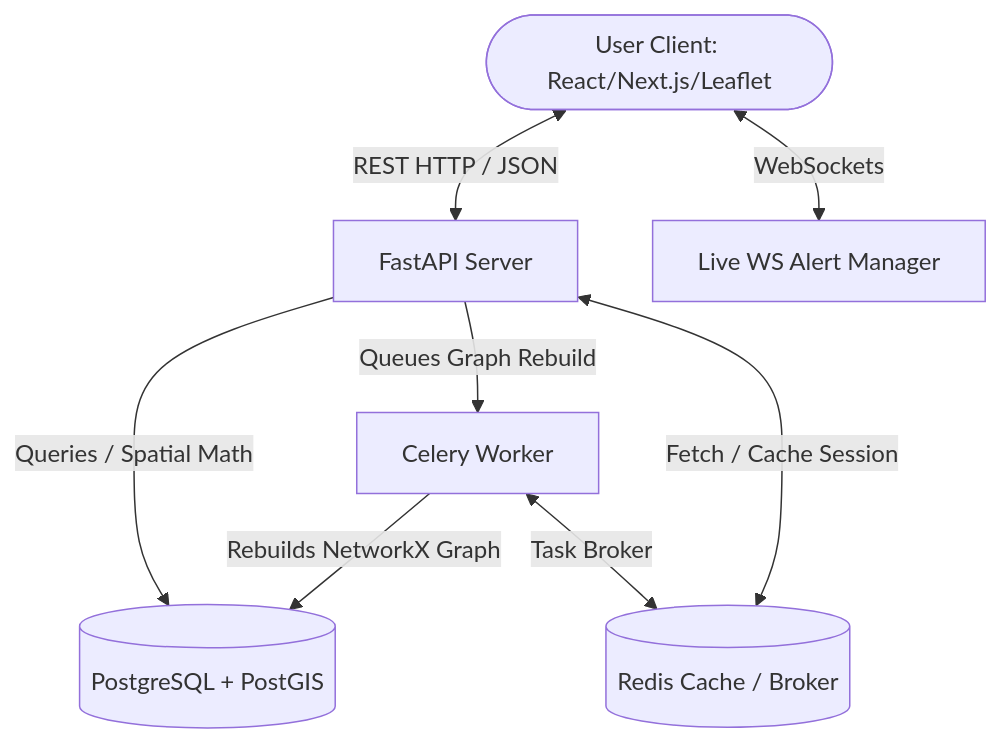
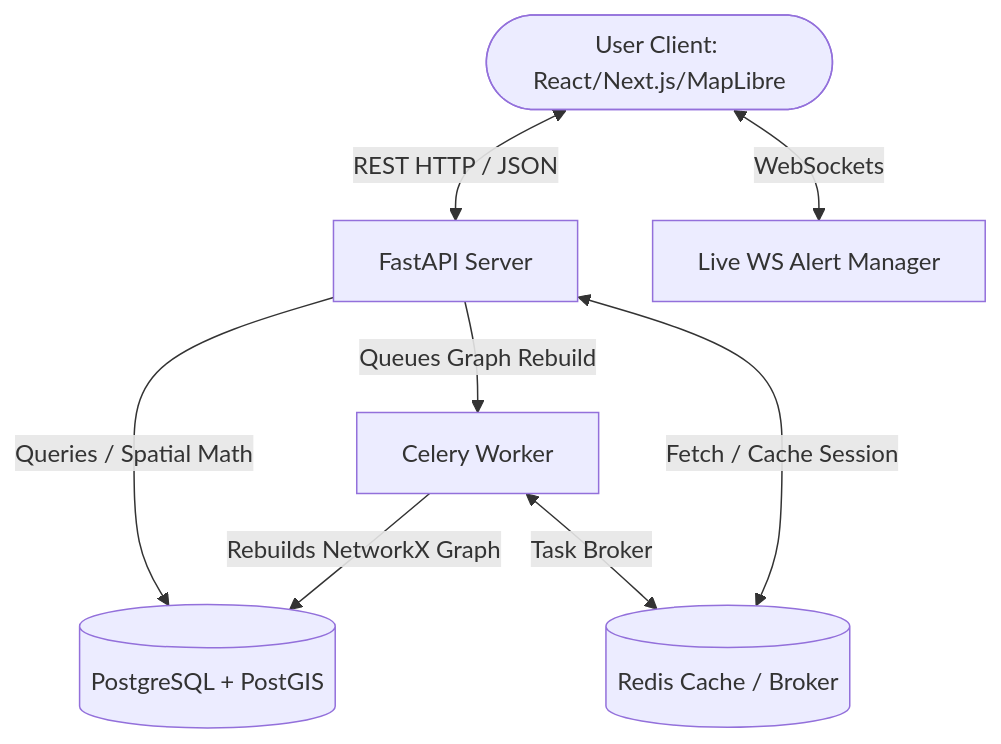
Before and after one commit to Niranjan-png/SafeRoute: the diagram in README.md, drawn with Mermaid. The commit also changed other lines of this file and 9 other files, not shown here.

````diff
--- a/README.md
+++ b/README.md
@@ -124,10 +124,10 @@
 ```mermaid
 graph TD
-    User([User Client: React/Next.js/Leaflet]) <--> |REST HTTP / JSON| API[FastAPI Server]
+    User([User Client: React/Next.js/MapLibre]) <--> |REST HTTP / JSON| API[FastAPI Server]
     User <--> |WebSockets| WS[Live WS Alert Manager]
     API --> |Queries / Spatial Math| DB[(PostgreSQL + PostGIS)]
     API --> |Queues Graph Rebuild| Celery[Celery Worker]
     Celery --> |Rebuilds NetworkX Graph| DB
     Celery <--> |Task Broker| Cache[(Redis Cache / Broker)]
     API <--> |Fetch / Cache Session| Cache
 ```
````
